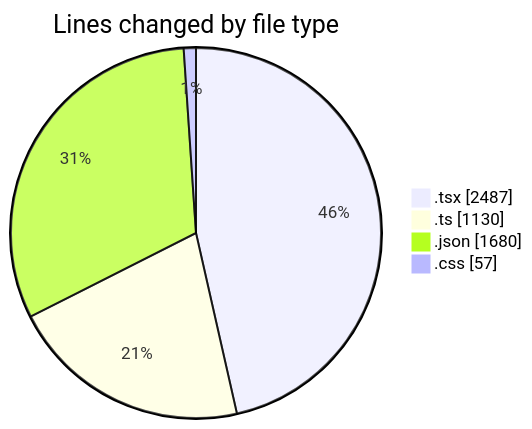
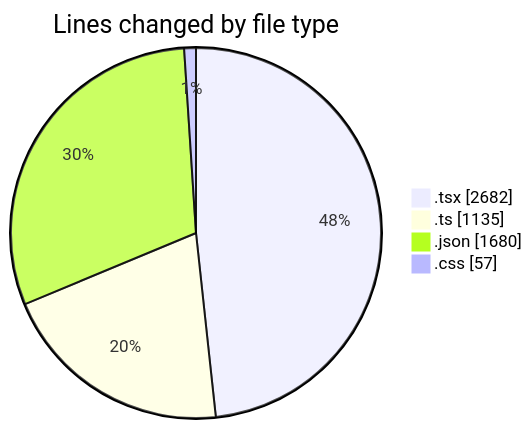
The first of 2 diagrams in 2025-10-09/eventscop-frontend-guide__workspace_/README.md (julien-gomy/code-tracking), drawn with Mermaid before and after one commit. The commit also changed other lines of this file and 1 other file, not shown here.

````diff
--- a/2025-10-09/eventscop-frontend-guide__workspace_/README.md
+++ b/2025-10-09/eventscop-frontend-guide__workspace_/README.md
@@ -47,8 +50,8 @@
 ```mermaid
 pie showData
 title Lines changed by file type
-".tsx" : 2487
-".ts" : 1130
+".tsx" : 2682
+".ts" : 1135
 ".json" : 1680
 ".css" : 57
 ```
````
